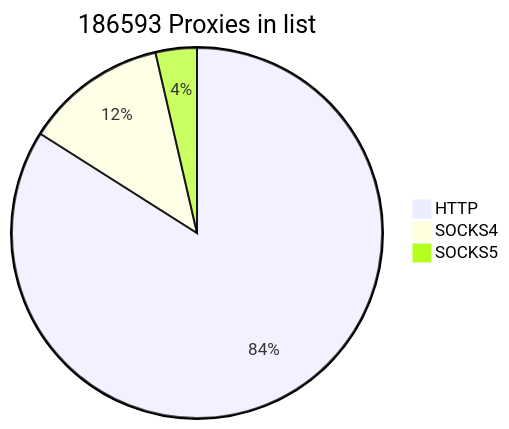
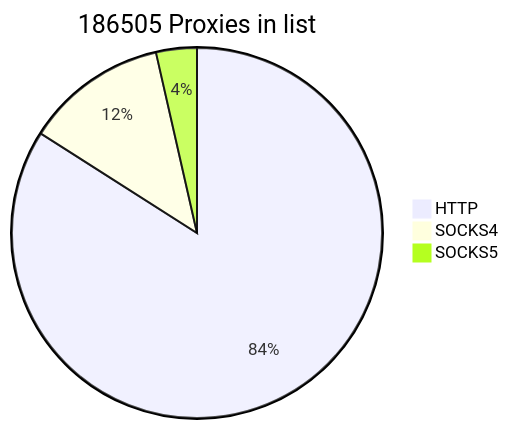
One commit to cutipu/proxylist changed the first of 2 diagrams in README.md. Above: the diagram before and after it, drawn with Mermaid. The commit also changed other lines of this file, not shown here.

````diff
--- a/README.md
+++ b/README.md
@@ -2,7 +2,7 @@
 ```mermaid
-pie title 186593 Proxies in list
+pie title 186505 Proxies in list
     "HTTP" : 156717
     "SOCKS4" : 23152
-    "SOCKS5" : 6724
+    "SOCKS5" : 6636
             
 ```
````
